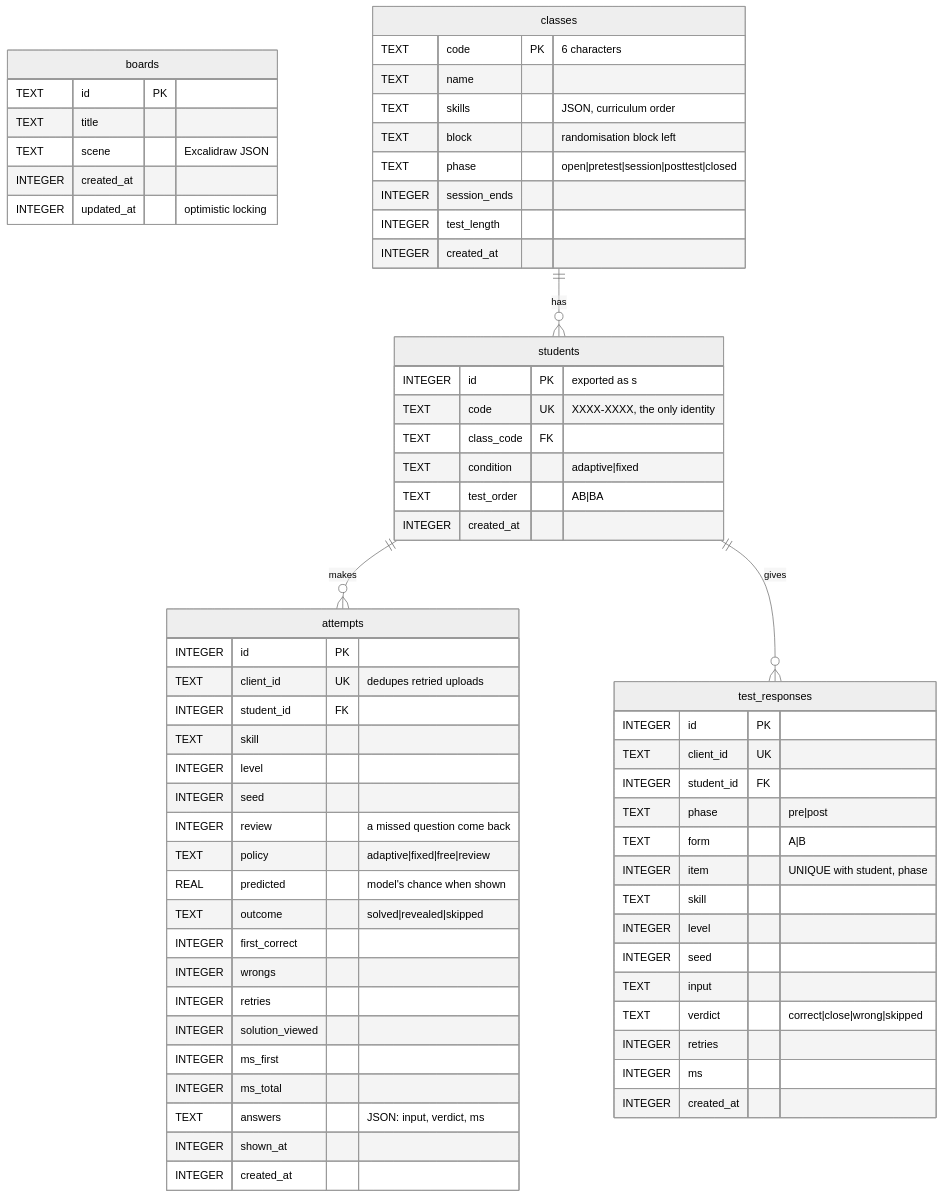
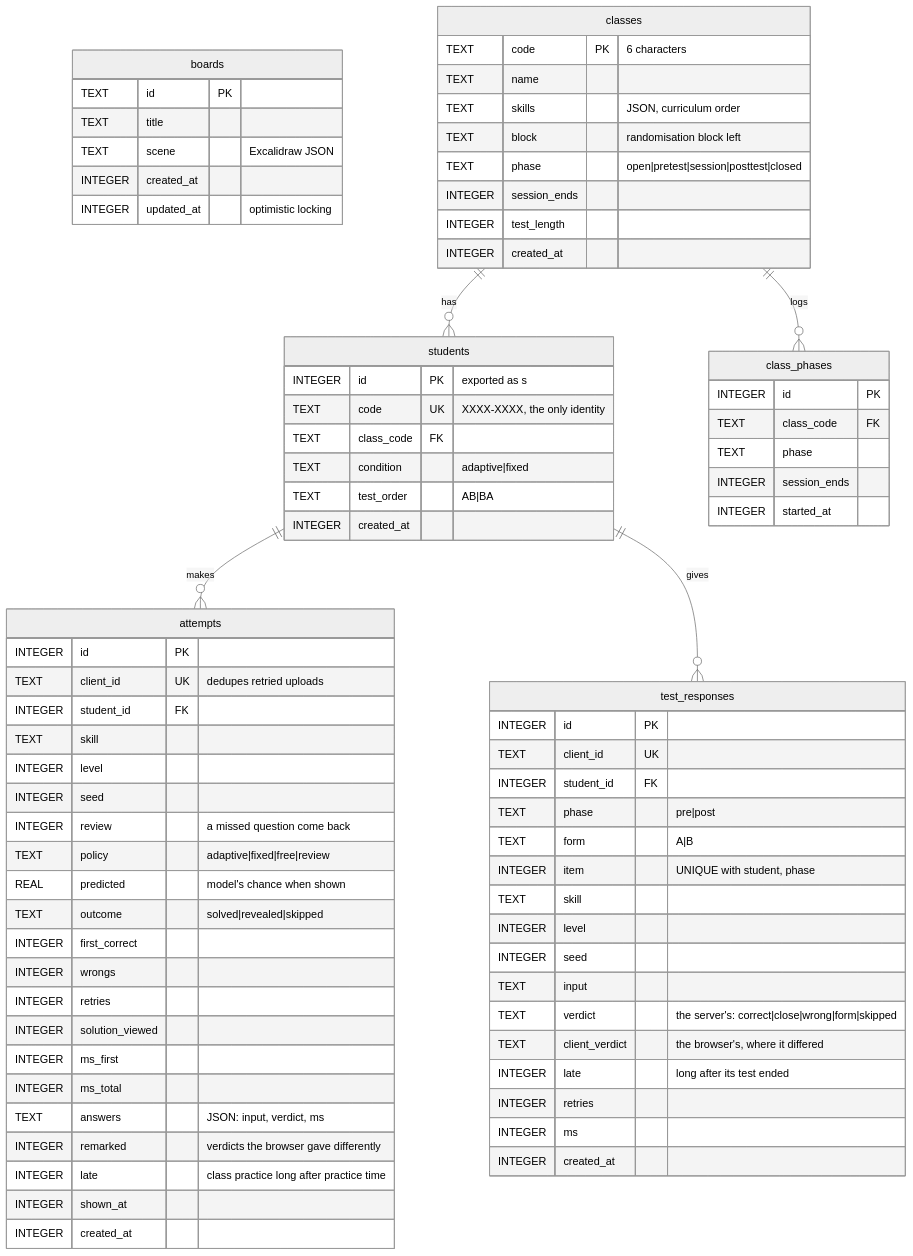
Before and after one commit to DavidTbilisi/zeno-math: the third of 5 diagrams in docs/architecture.md, drawn with Mermaid (neutral theme). The commit also changed other lines of this file and 24 other files, not shown here.

````diff
--- a/docs/architecture.md
+++ b/docs/architecture.md
@@ -82,68 +84,80 @@
 ```mermaid
 erDiagram
   boards {
     TEXT id PK
     TEXT title
     TEXT scene "Excalidraw JSON"
     INTEGER created_at
     INTEGER updated_at "optimistic locking"
   }
   classes ||--o{ students : has
   classes {
     TEXT code PK "6 characters"
     TEXT name
     TEXT skills "JSON, curriculum order"
     TEXT block "randomisation block left"
     TEXT phase "open|pretest|session|posttest|closed"
     INTEGER session_ends
     INTEGER test_length
     INTEGER created_at
   }
   students ||--o{ attempts : makes
   students ||--o{ test_responses : gives
   students {
     INTEGER id PK "exported as s<id>"
     TEXT code UK "XXXX-XXXX, the only identity"
     TEXT class_code FK
     TEXT condition "adaptive|fixed"
     TEXT test_order "AB|BA"
     INTEGER created_at
   }
   attempts {
     INTEGER id PK
     TEXT client_id UK "dedupes retried uploads"
     INTEGER student_id FK
     TEXT skill
     INTEGER level
     INTEGER seed
     INTEGER review "a missed question come back"
     TEXT policy "adaptive|fixed|free|review"
     REAL predicted "model's chance when shown"
     TEXT outcome "solved|revealed|skipped"
     INTEGER first_correct
     INTEGER wrongs
     INTEGER retries
     INTEGER solution_viewed
     INTEGER ms_first
     INTEGER ms_total
     TEXT answers "JSON: input, verdict, ms"
+    INTEGER remarked "verdicts the browser gave differently"
+    INTEGER late "class practice long after practice time"
     INTEGER shown_at
     INTEGER created_at
+  }
+  classes ||--o{ class_phases : logs
+  class_phases {
+    INTEGER id PK
+    TEXT class_code FK
+    TEXT phase
+    INTEGER session_ends
+    INTEGER started_at
   }
   test_responses {
     INTEGER id PK
     TEXT client_id UK
     INTEGER student_id FK
     TEXT phase "pre|post"
     TEXT form "A|B"
     INTEGER item "UNIQUE with student, phase"
     TEXT skill
     INTEGER level
     INTEGER seed
     TEXT input
-    TEXT verdict "correct|close|wrong|skipped"
+    TEXT verdict "the server's: correct|close|wrong|form|skipped"
+    TEXT client_verdict "the browser's, where it differed"
+    INTEGER late "long after its test ended"
     INTEGER retries
     INTEGER ms
     INTEGER created_at
   }
 ```
````
